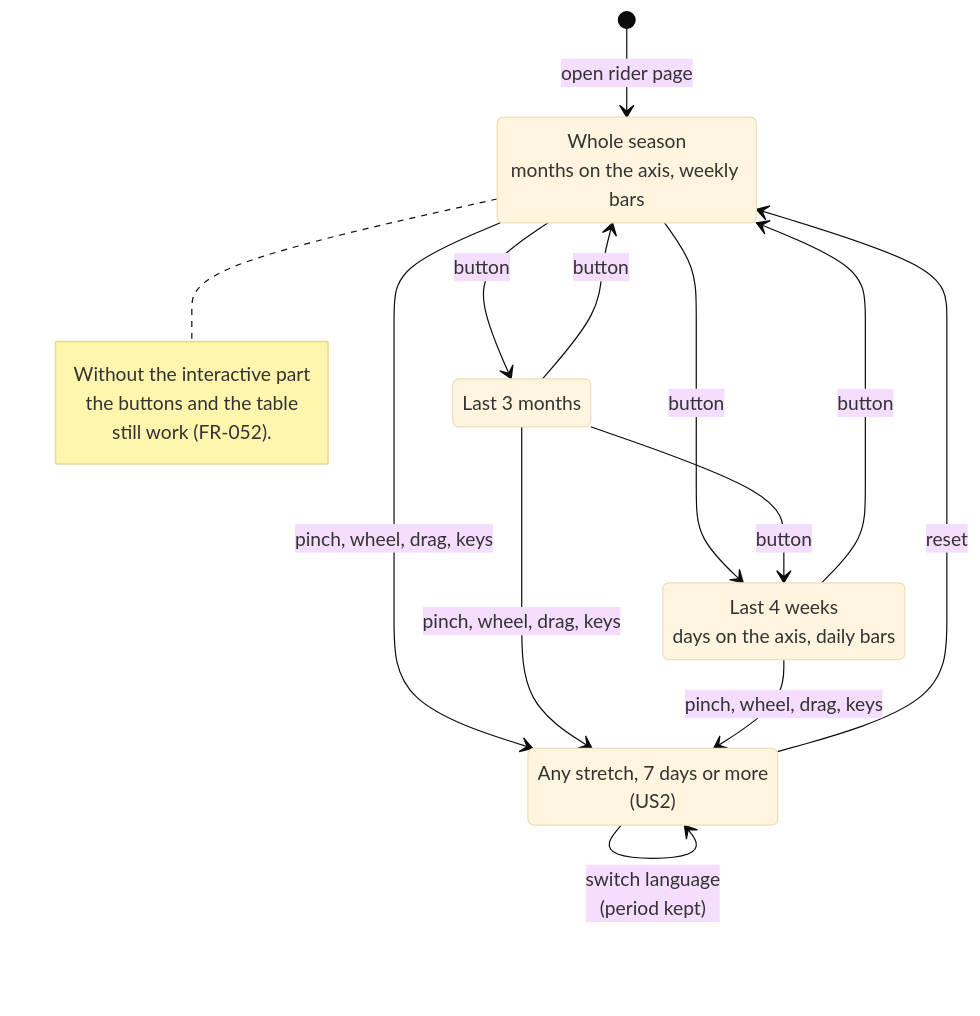
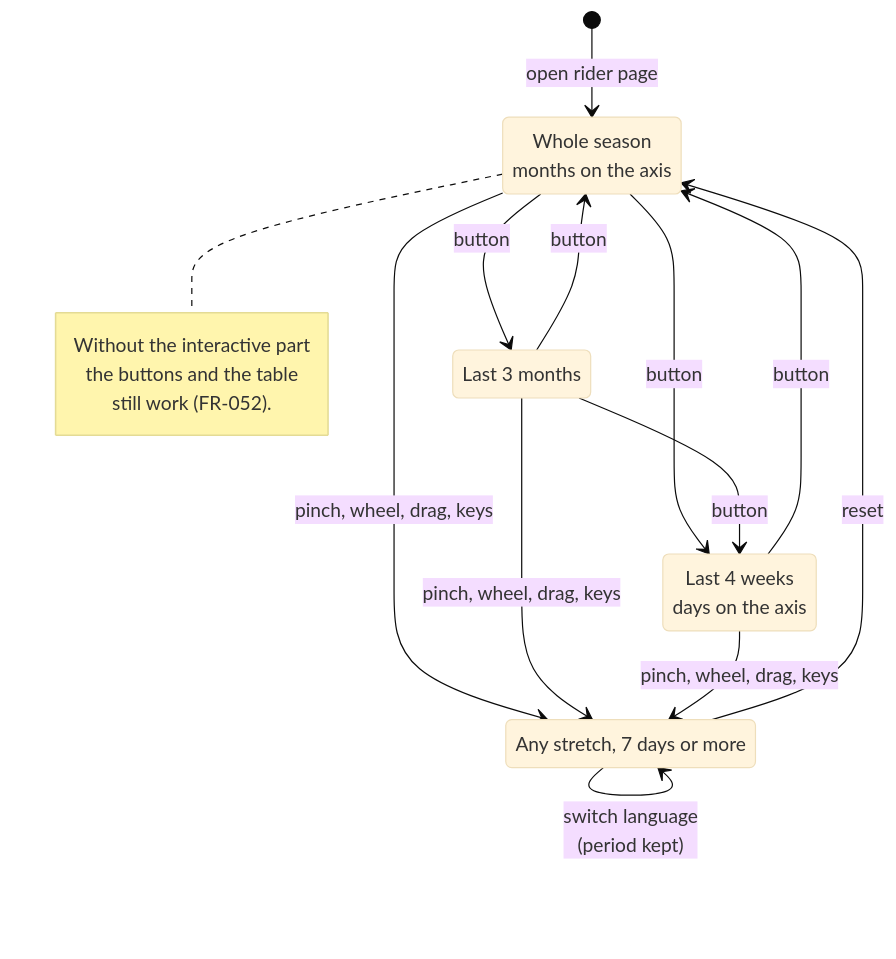
One commit to SaSteffen/RynkePoints changed the sixth of 9 diagrams in specs/009-rider-progress-charts/spec.md. Above: the diagram before and after it, drawn with Mermaid (base theme). The commit also changed other lines of this file, not shown here.

First line of the commit message:
docs: apply /speckit-clarify answers to rider progress charts

````diff
--- a/specs/009-rider-progress-charts/spec.md
+++ b/specs/009-rider-progress-charts/spec.md
@@ -740,26 +663,26 @@
 ```mermaid
 stateDiagram-v2
     [*] --> Season: open rider page
-    Season: Whole season<br/>months on the axis, weekly bars
+    Season: Whole season<br/>months on the axis
     Months: Last 3 months
-    Weeks: Last 4 weeks<br/>days on the axis, daily bars
-    Zoomed: Any stretch, 7 days or more<br/>(US2)
+    Weeks: Last 4 weeks<br/>days on the axis
+    Zoomed: Any stretch, 7 days or more
 
     Season --> Months: button
     Season --> Weeks: button
     Months --> Weeks: button
     Weeks --> Season: button
     Months --> Season: button
     Season --> Zoomed: pinch, wheel, drag, keys
     Months --> Zoomed: pinch, wheel, drag, keys
     Weeks --> Zoomed: pinch, wheel, drag, keys
     Zoomed --> Zoomed: move back or forward<br/>(not past the axis ends)
     Zoomed --> Season: reset
     Zoomed --> Zoomed: switch language<br/>(period kept)
 
     note right of Season
         Without the interactive part
         the buttons and the table
         still work (FR-052).
     end note
 ```
````
